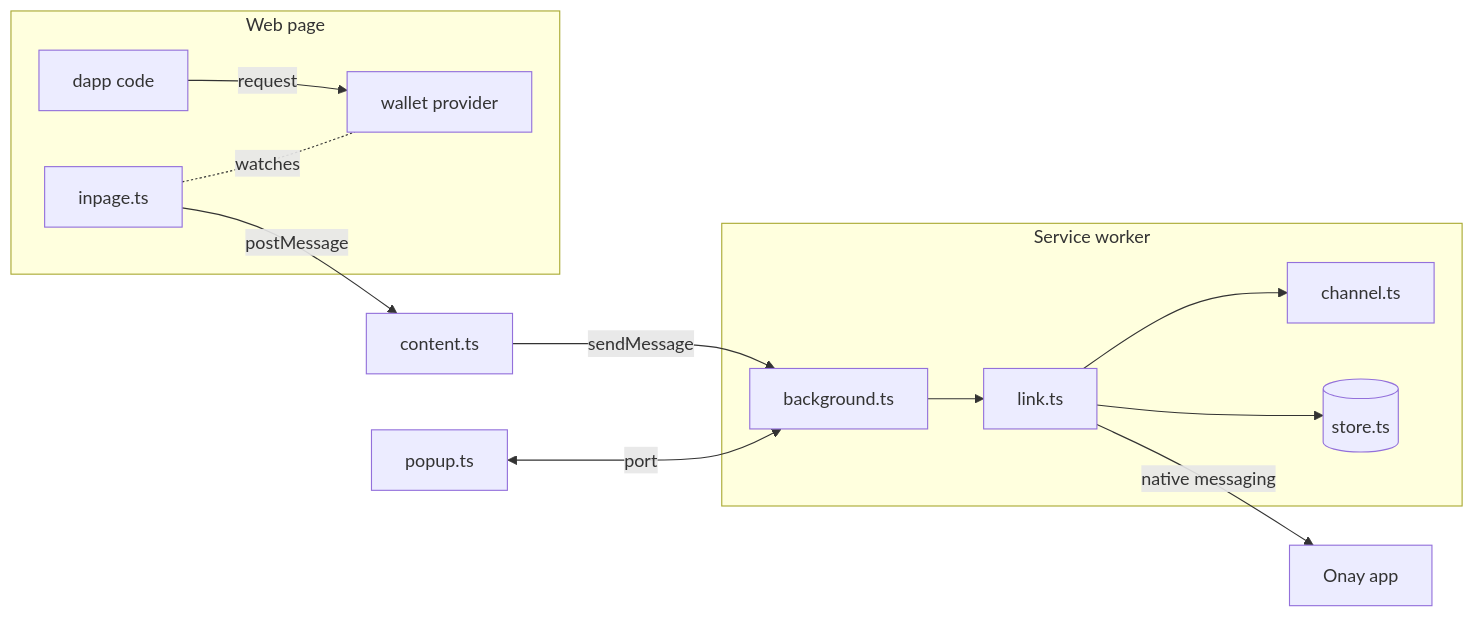
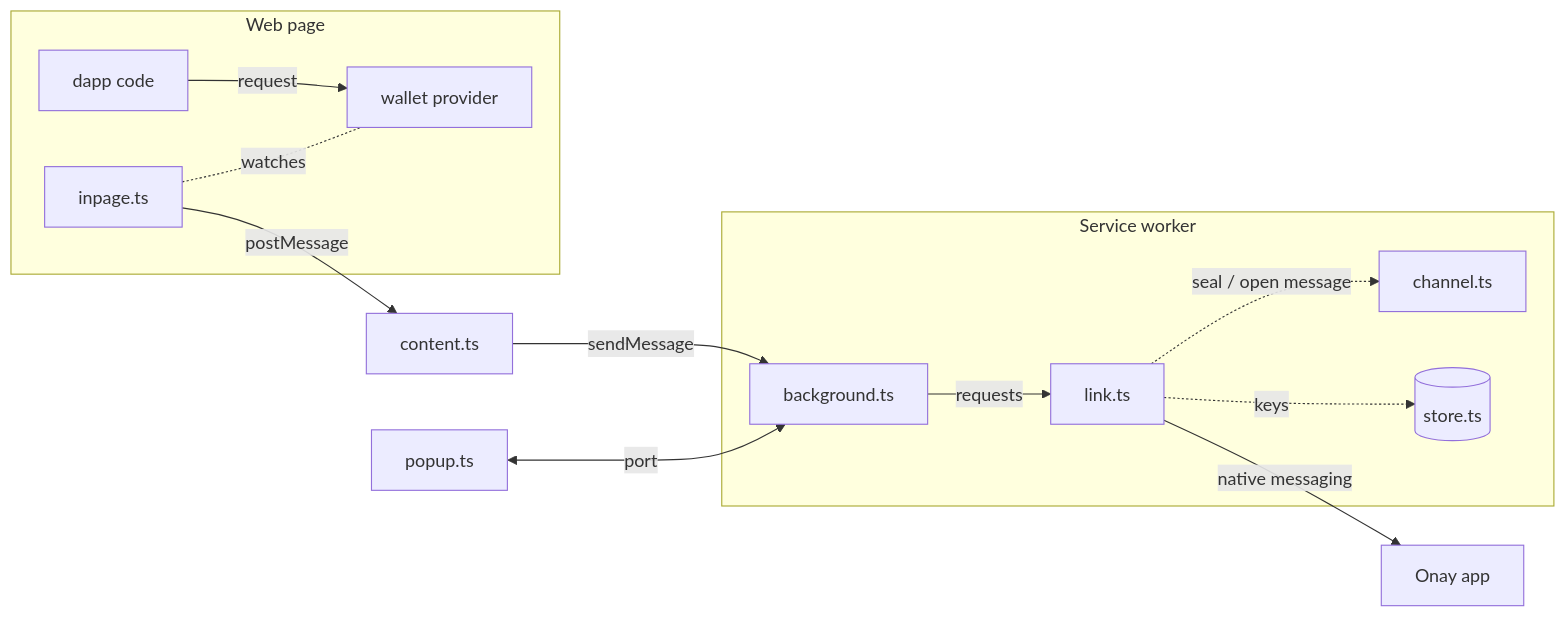
Before and after one commit to sourcifyeth/onay: the diagram in extension/README.md, drawn with Mermaid. The commit also changed other lines of this file and 17 other files, not shown here.

````diff
--- a/extension/README.md
+++ b/extension/README.md
@@ -7,27 +7,27 @@
 ```mermaid
 flowchart LR
   subgraph page [Web page]
     dapp[dapp code]
     wallet[wallet provider]
     inpage[inpage.ts]
   end
   content[content.ts]
   subgraph sw [Service worker]
     background[background.ts]
     link[link.ts]
     channel[channel.ts]
     store[(store.ts)]
   end
   popup[popup.ts]
   app[Onay app]
 
   dapp -- request --> wallet
   inpage -. watches .- wallet
   inpage -- postMessage --> content
   content -- sendMessage --> background
-  background --> link
-  link --> channel
-  link --> store
+  background -- requests --> link
+  link -. seal / open message .-> channel
+  link -. keys .-> store
   popup <-- port --> background
   link -- native messaging --> app
 ```
````
